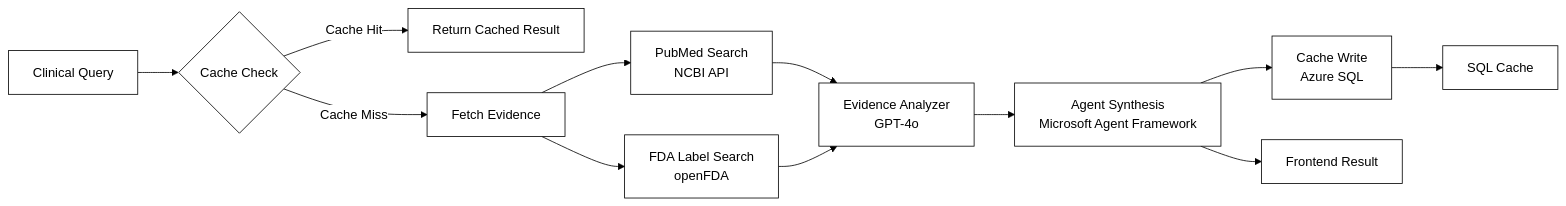
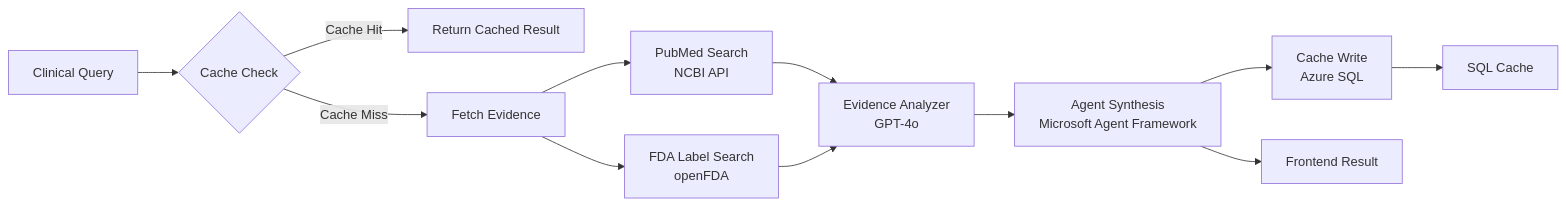
One commit to Aadarsh-Praveen/VabGen-Rx changed the third of 4 diagrams in README.md. Above: the diagram before and after it, drawn with Mermaid. The commit also changed other lines of this file, not shown here.

````diff
--- a/README.md
+++ b/README.md
@@ -164,15 +160,14 @@
 ```mermaid
-%%{init: {'theme': 'base', 'themeVariables': {'primaryColor': '#ffffff', 'primaryTextColor': '#000000', 'primaryBorderColor': '#000000', 'lineColor': '#000000', 'background': '#ffffff', 'nodeBorder': '#000000', 'clusterBkg': '#ffffff', 'titleColor': '#000000', 'edgeLabelBackground': '#ffffff'}}}%%
 flowchart LR
     A[Clinical Query] --> B{Cache Check}
     B -->|Cache Hit| C[Return Cached Result]
     B -->|Cache Miss| D[Fetch Evidence]
     D --> E[PubMed Search\nNCBI API]
     D --> F[FDA Label Search\nopenFDA]
     E --> G[Evidence Analyzer\nGPT-4o]
     F --> G
     G --> H[Agent Synthesis\nMicrosoft Agent Framework]
     H --> I[Cache Write\nAzure SQL]
     H --> J[Frontend Result]
     I --> K[SQL Cache]
 ```
````
